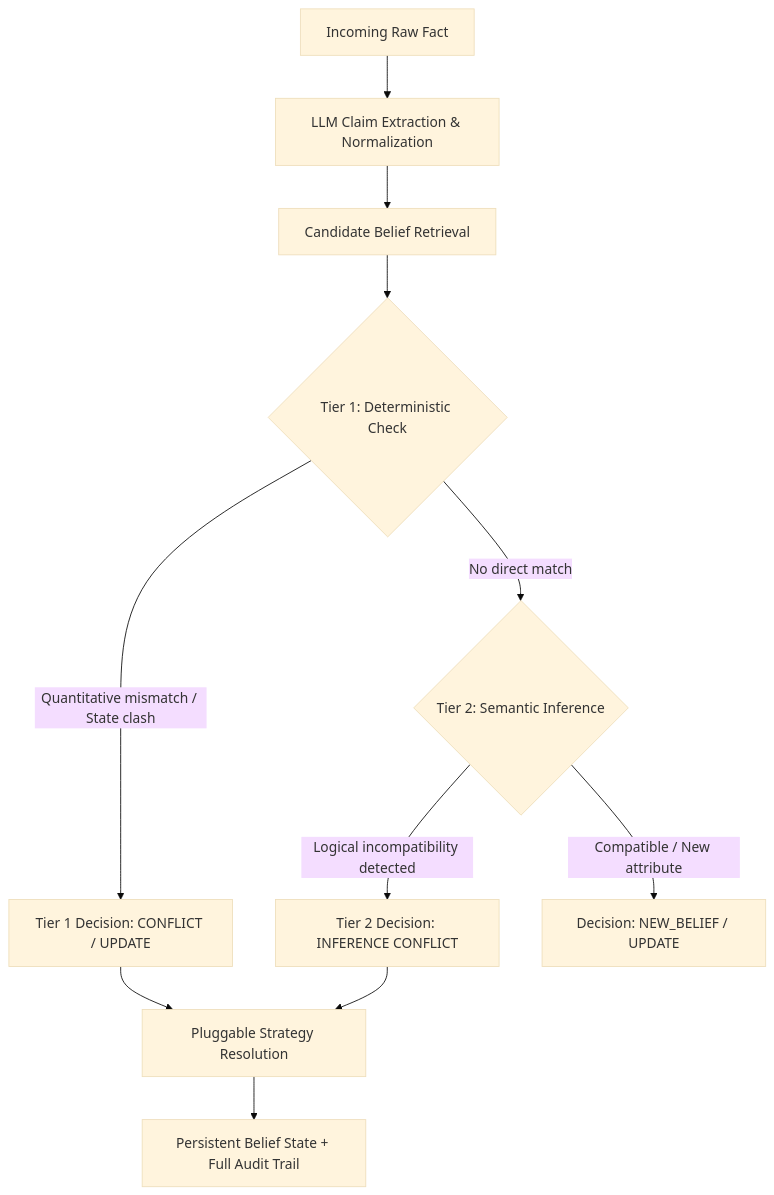
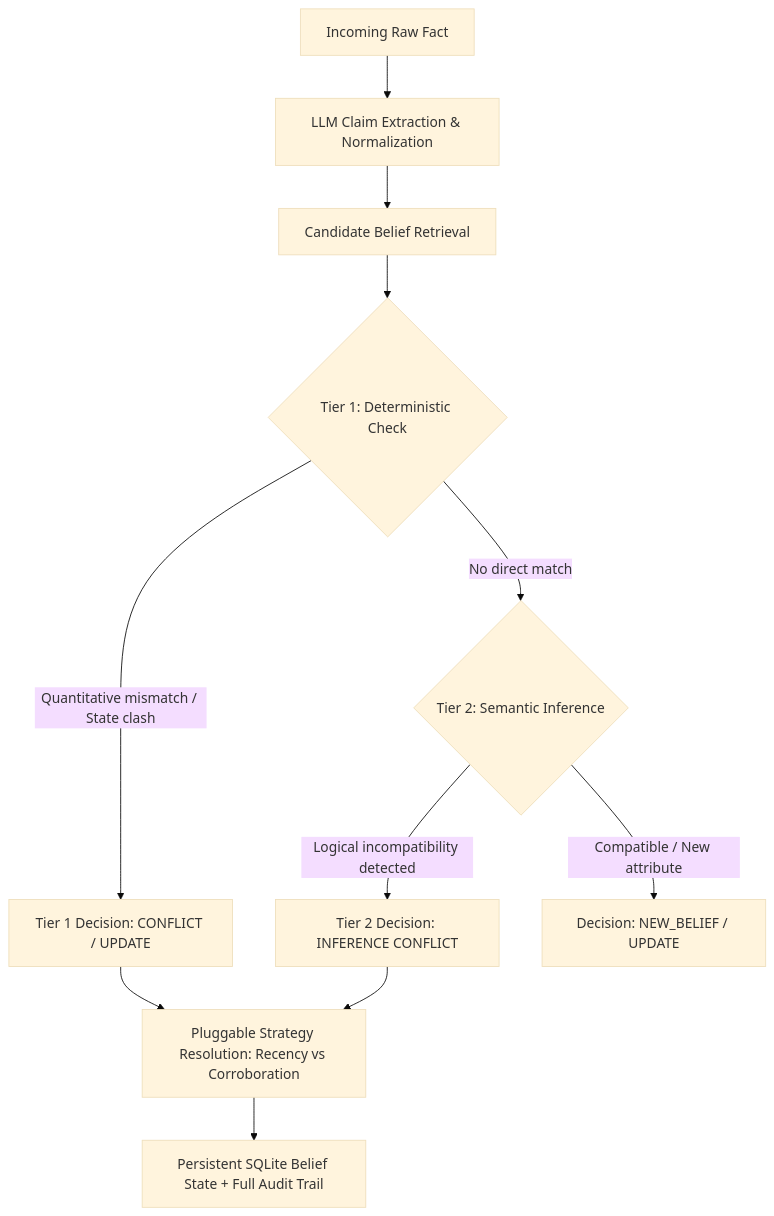
Before and after one commit to sharan1918/Jnaara-poc: the diagram in docs/ACCURACY_AND_BENCHMARKS.md, drawn with Mermaid (base theme). The commit also changed other lines of this file and 5 other files, not shown here.

Commit message:
feat: add 2 new hard contradiction sequences (138 facts across 15 companies) and benchmark evaluation

````diff
--- a/docs/ACCURACY_AND_BENCHMARKS.md
+++ b/docs/ACCURACY_AND_BENCHMARKS.md
@@ -172,13 +238,13 @@
 ```mermaid
 graph TD
     A[Incoming Raw Fact] --> B[LLM Claim Extraction & Normalization]
     B --> C[Candidate Belief Retrieval]
     C --> D{Tier 1: Deterministic Check}
     D -- Quantitative mismatch / State clash --> E[Tier 1 Decision: CONFLICT / UPDATE]
     D -- No direct match --> F{Tier 2: Semantic Inference}
     F -- Logical incompatibility detected --> G[Tier 2 Decision: INFERENCE CONFLICT]
     F -- Compatible / New attribute --> H[Decision: NEW_BELIEF / UPDATE]
-    E --> I[Pluggable Strategy Resolution]
+    E --> I[Pluggable Strategy Resolution: Recency vs Corroboration]
     G --> I
-    I --> J[Persistent Belief State + Full Audit Trail]
+    I --> J[Persistent SQLite Belief State + Full Audit Trail]
 ```
````
